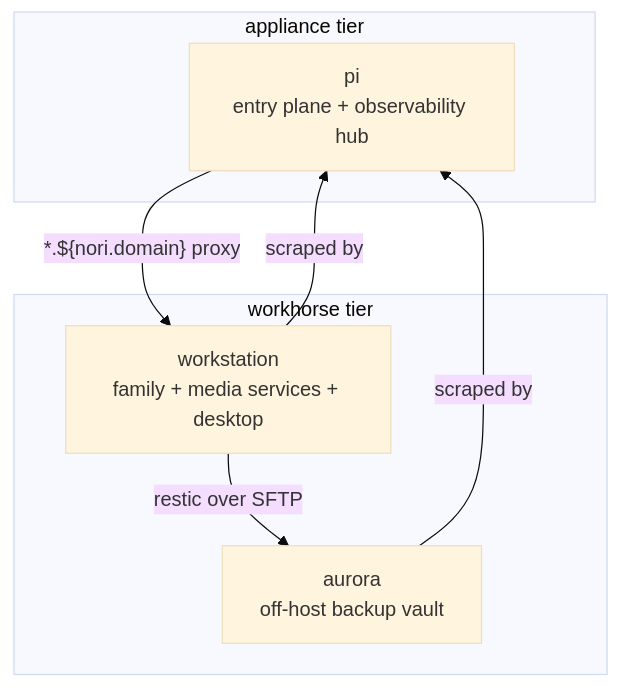
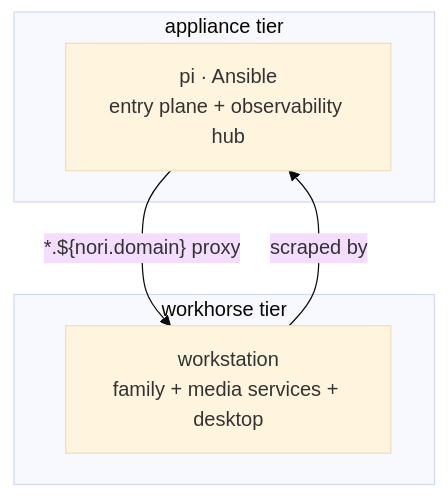
Before and after one commit to phibkro/homelab: the diagram in docs/generated/topology.md, drawn with Mermaid (base theme). The commit also changed other lines of this file and 841 other files, not shown here.

````diff
--- a/docs/generated/topology.md
+++ b/docs/generated/topology.md
@@ -25,14 +25,11 @@
 ```mermaid
 graph TB
   subgraph "appliance tier"
-    P[pi<br/>entry plane + observability hub]
+    P[pi · Ansible<br/>entry plane + observability hub]
   end
   subgraph "workhorse tier"
-    A[aurora<br/>off-host backup vault]
     W[workstation<br/>family + media services + desktop]
   end
   P -- "*.${nori.domain} proxy" --> W
-  W -- "restic over SFTP" --> A
-  A -- "scraped by" --> P
   W -- "scraped by" --> P
 ```
````
